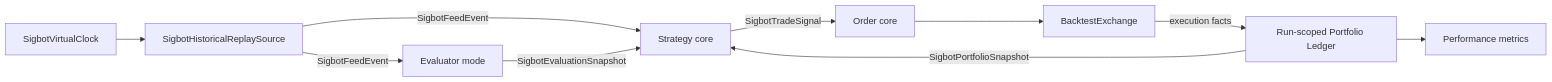
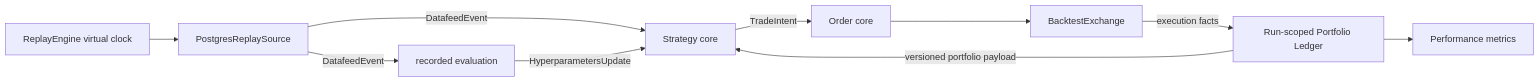
The diagram in docs/architecture/engine/backtest/overview.md (sigbot-labs/sigbot-core), drawn with Mermaid before and after one commit. The commit also changed other lines of this file and 40 other files, not shown here.

Commit message:
Align architecture docs with implemented runtime boundaries

````diff
--- a/docs/architecture/engine/backtest/overview.md
+++ b/docs/architecture/engine/backtest/overview.md
@@ -15,12 +15,12 @@
 ```mermaid
 flowchart LR
-    Clock[SigbotVirtualClock] --> Replay[SigbotHistoricalReplaySource]
-    Replay -->|SigbotFeedEvent| Eval[Evaluator mode]
-    Replay -->|SigbotFeedEvent| Strategy[Strategy core]
-    Eval -->|SigbotEvaluationSnapshot| Strategy
-    Strategy -->|SigbotTradeSignal| Order[Order core]
+    Clock[ReplayEngine virtual clock] --> Replay[PostgresReplaySource]
+    Replay -->|DatafeedEvent| Eval[recorded evaluation]
+    Replay -->|DatafeedEvent| Strategy[Strategy core]
+    Eval -->|HyperparametersUpdate| Strategy
+    Strategy -->|TradeIntent| Order[Order core]
     Order --> Sim[BacktestExchange]
     Sim -->|execution facts| Ledger[Run-scoped Portfolio Ledger]
-    Ledger -->|SigbotPortfolioSnapshot| Strategy
+    Ledger -->|versioned portfolio payload| Strategy
     Ledger --> Metrics[Performance metrics]
 ```
````
